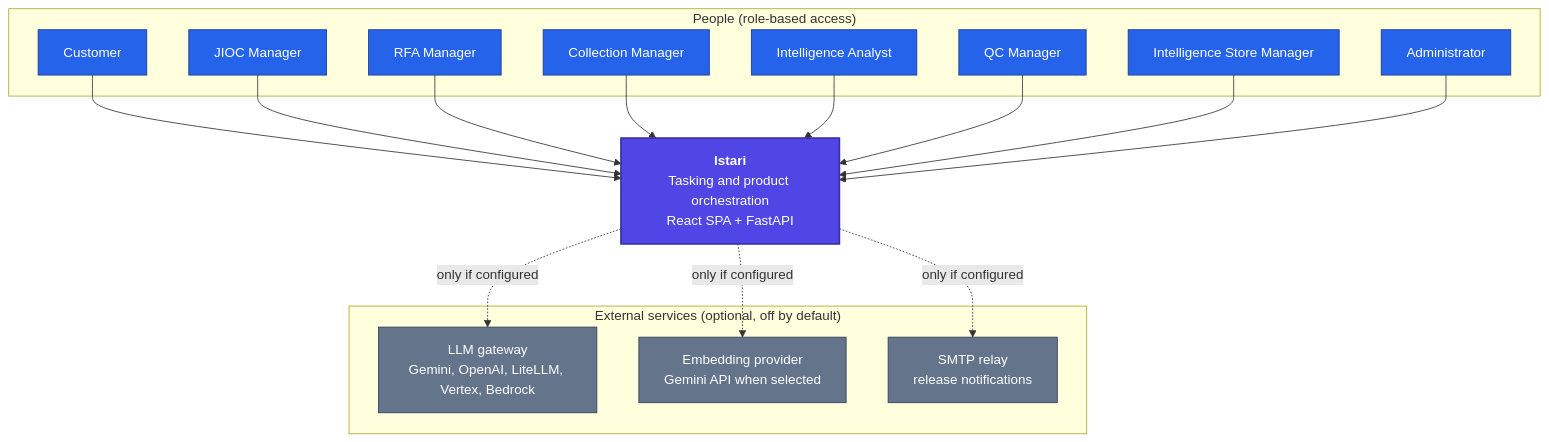
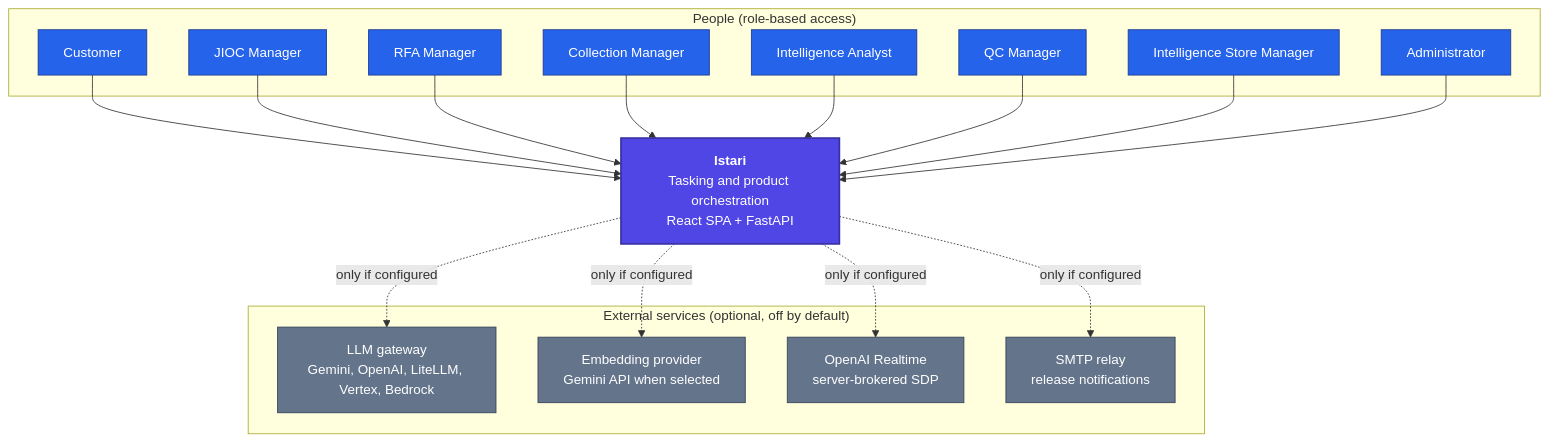
Before and after one commit to ShabalalaWATP/Coeus: the first of 4 diagrams in docs/ARCHITECTURE.md, drawn with Mermaid. The commit also changed other lines of this file and 45 other files, not shown here.

````diff
--- a/docs/ARCHITECTURE.md
+++ b/docs/ARCHITECTURE.md
@@ -45,40 +46,42 @@
 ```mermaid
 flowchart TB
     subgraph people["People (role-based access)"]
         CUST["Customer"]
         JIOC["JIOC Manager"]
         RFA["RFA Manager"]
         CM["Collection Manager"]
         AN["Intelligence Analyst"]
         QC["QC Manager"]
         STORE["Intelligence Store Manager"]
         ADM["Administrator"]
     end
 
     IST["<b>Istari</b><br/>Tasking and product orchestration<br/>React SPA + FastAPI"]
 
     subgraph ext["External services (optional, off by default)"]
         LLM["LLM gateway<br/>Gemini, OpenAI, LiteLLM, Vertex, Bedrock"]
         EMB["Embedding provider<br/>Gemini API when selected"]
+        VOICE["OpenAI Realtime<br/>server-brokered SDP"]
         SMTP["SMTP relay<br/>release notifications"]
     end
 
     CUST --> IST
     JIOC --> IST
     RFA --> IST
     CM --> IST
     AN --> IST
     QC --> IST
     STORE --> IST
     ADM --> IST
     IST -.->|"only if configured"| LLM
     IST -.->|"only if configured"| EMB
+    IST -.->|"only if configured"| VOICE
     IST -.->|"only if configured"| SMTP
 
     classDef actor fill:#2563eb,stroke:#1e3a8a,color:#fff,stroke-width:1px
     classDef core fill:#4f46e5,stroke:#3730a3,color:#fff,stroke-width:2px
     classDef ext fill:#64748b,stroke:#334155,color:#fff,stroke-width:1px
     class CUST,JIOC,RFA,CM,AN,QC,STORE,ADM actor
     class IST core
-    class LLM,EMB,SMTP ext
+    class LLM,EMB,VOICE,SMTP ext
 ```
````
